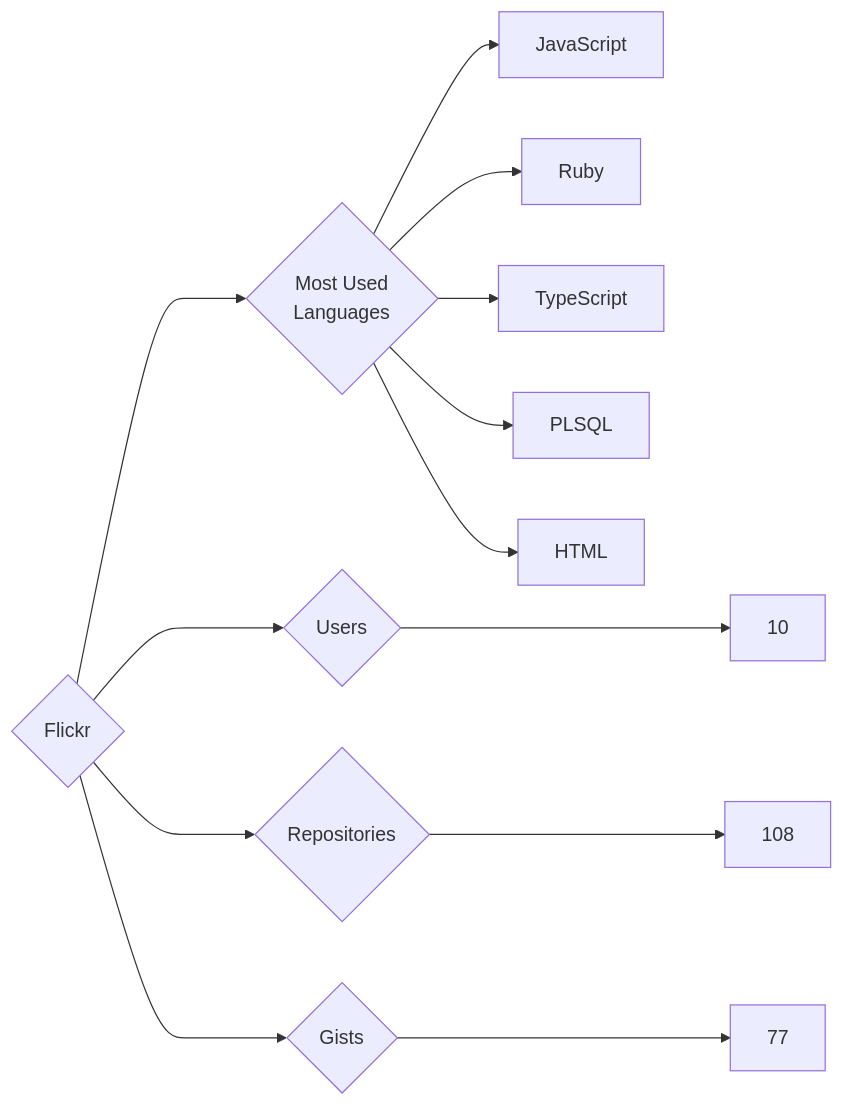
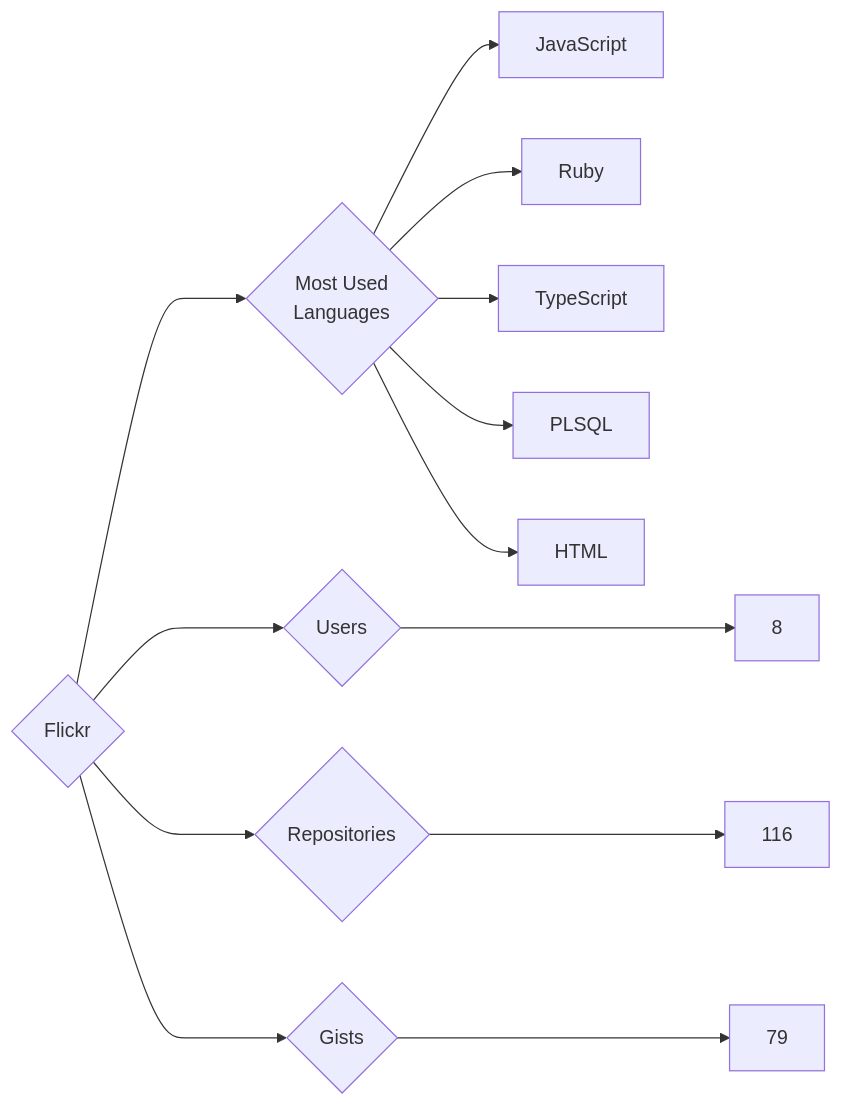
One commit to trickest/insiders changed the diagram in targets/Flickr/README.md. Above: the diagram before and after it, drawn with Mermaid. The commit also changed 720 other files, not shown here.

````diff
--- a/targets/Flickr/README.md
+++ b/targets/Flickr/README.md
@@ -3,13 +3,13 @@
 ```mermaid
 graph LR
 COMPANY_NAME{Flickr}
-COMPANY_NAME ---> U{Users} ---> UN[10]
-COMPANY_NAME ---> R{Repositories} ---> RN[108]
-COMPANY_NAME ---> G{Gists} ---> GN[77]
+COMPANY_NAME ---> U{Users} ---> UN[8]
+COMPANY_NAME ---> R{Repositories} ---> RN[116]
+COMPANY_NAME ---> G{Gists} ---> GN[79]
 COMPANY_NAME ---> ML{Most Used<br>Languages}
 ML --> JavaScript[JavaScript]
 ML --> Ruby[Ruby]
 ML --> TypeScript[TypeScript]
 ML --> PLSQL[PLSQL]
 ML --> HTML[HTML]
 ```
````
